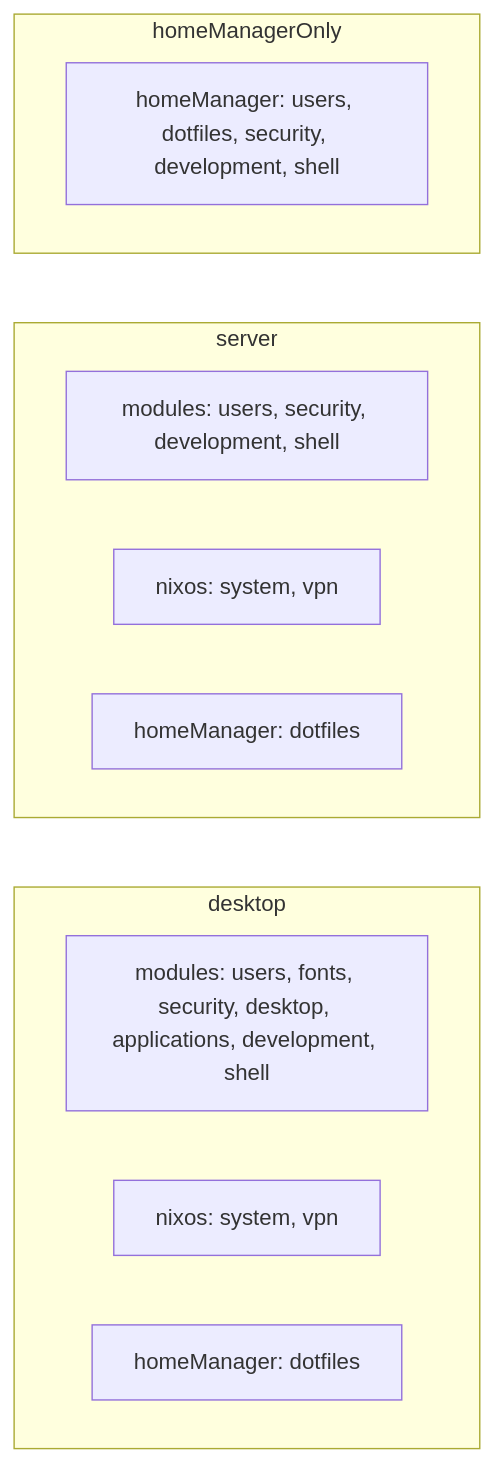
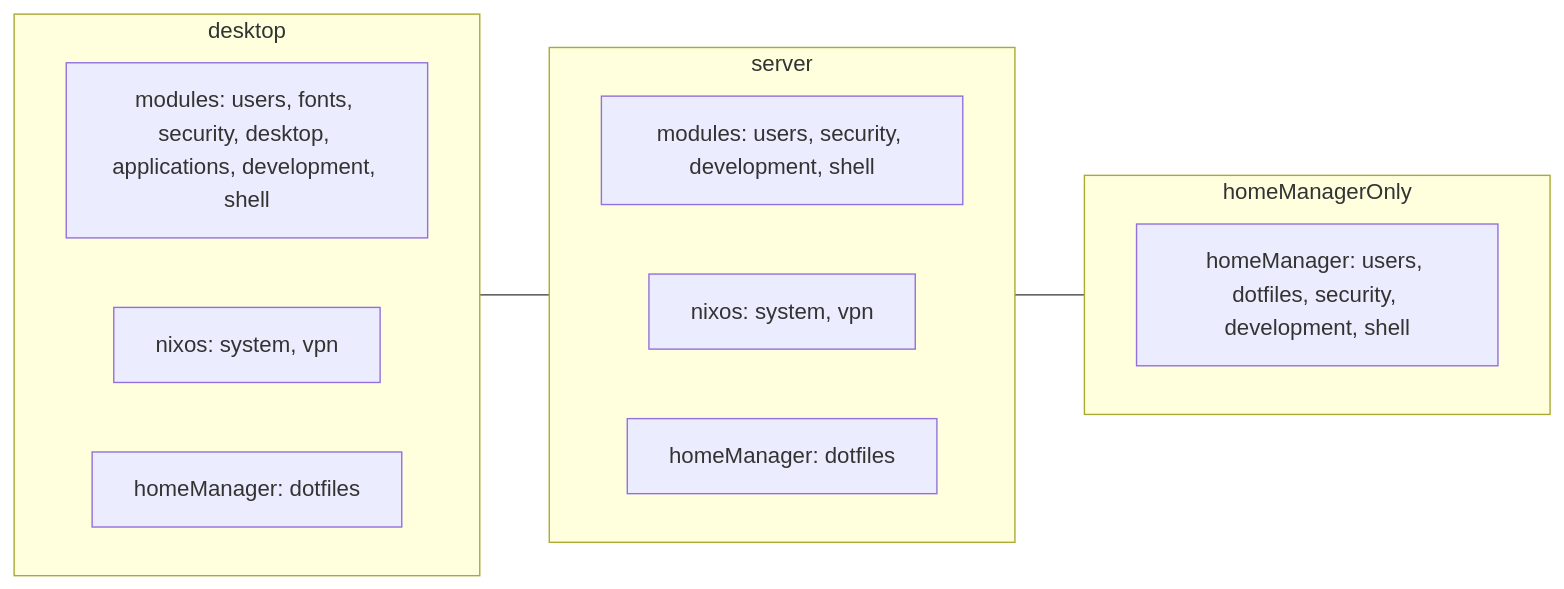
Before and after one commit to fbosch/nixos: the second of 2 diagrams in README.md, drawn with Mermaid.

````diff
--- a/README.md
+++ b/README.md
@@ -74,21 +74,23 @@
 ```mermaid
 flowchart LR
   subgraph desktop
     direction LR
     dModules["modules: users, fonts, security, desktop, applications, development, shell"]
     dNixos["nixos: system, vpn"]
     dHomeManager["homeManager: dotfiles"]
   end
 
   subgraph server
     direction LR
     sModules["modules: users, security, development, shell"]
     sNixos["nixos: system, vpn"]
     sHomeManager["homeManager: dotfiles"]
   end
 
   subgraph homeManagerOnly
     direction LR
     hHomeManager["homeManager: users, dotfiles, security, development, shell"]
   end
+
+  desktop --- server --- homeManagerOnly
 ```
````
